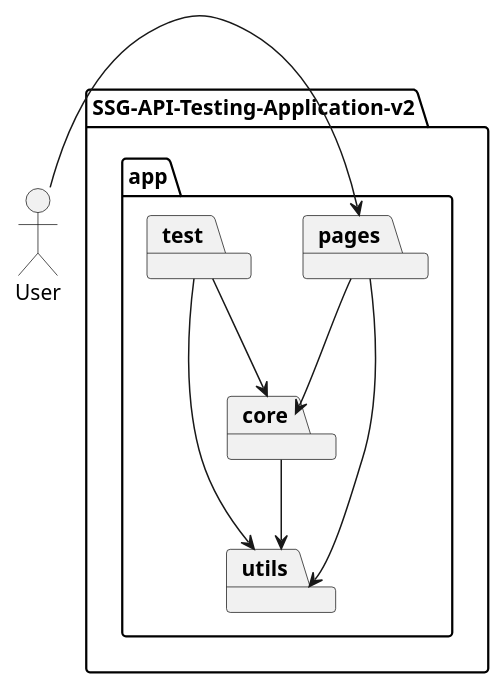
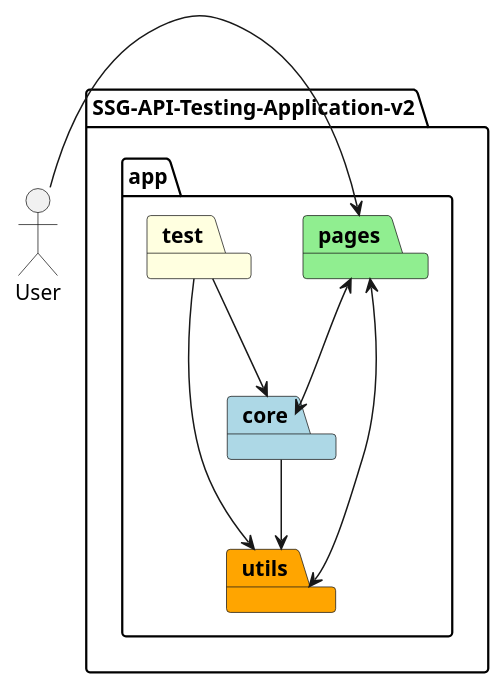
Before and after one commit to ssg-wsg/Sample-Codes: the diagram in SSG-API-Testing-Application-v2/docs/assets/developer-guide/HighLevelArchitecturalDiagram.puml, drawn with PlantUML. The commit also changed 45 other files, not shown here.

```diff
--- a/SSG-API-Testing-Application-v2/docs/assets/developer-guide/HighLevelArchitecturalDiagram.puml
+++ b/SSG-API-Testing-Application-v2/docs/assets/developer-guide/HighLevelArchitecturalDiagram.puml
@@ -1,33 +1,22 @@
 @startuml
 actor User
 
 package "SSG-API-Testing-Application-v2" {
     package app {
-        package core as core {
-
-        }
-
-        package pages as pages {
-
-        }
-
-        package test as test {
-
-        }
-
-        package utils as utils {
-
-        }
+        package #lightblue core as core
+        package #lightgreen pages as pages
+        package #lightyellow test as test
+        package #orange utils as utils
 
         test --> core
         test --> utils
 
-        pages --> core
-        pages --> utils
+        pages <--> core
+        pages <--> utils
 
         core --> utils
     }
 }
 
 User --right-> pages
 @enduml
```
